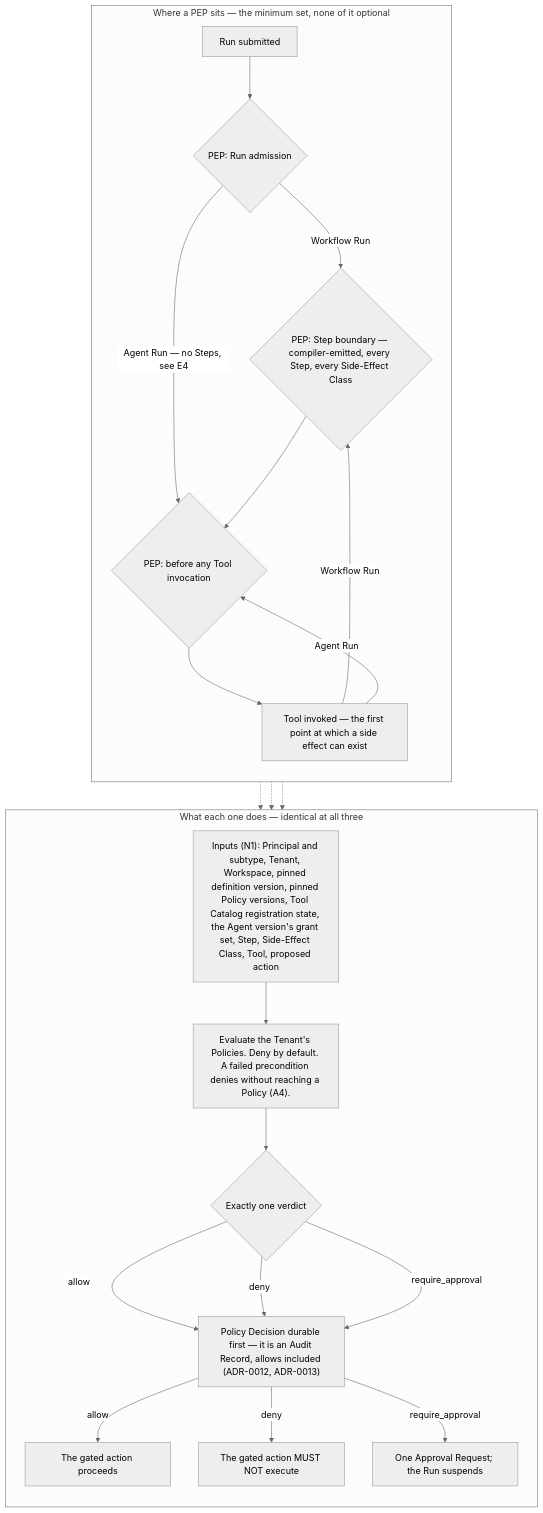
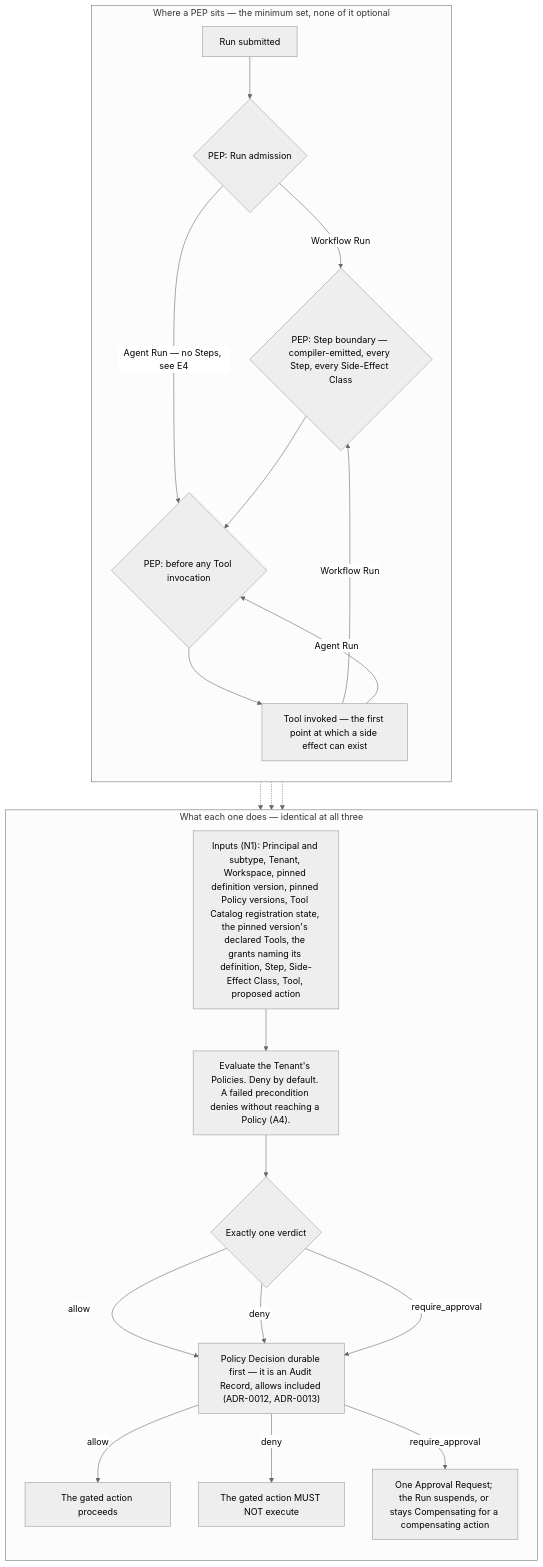
Before and after one commit to ayesigapaul/orchestra: the diagram in docs/40-governance/policy-model.md, drawn with Mermaid (neutral theme). The commit also changed other lines of this file and 56 other files, not shown here.

````diff
--- a/docs/40-governance/policy-model.md
+++ b/docs/40-governance/policy-model.md
@@ -183,29 +208,29 @@
 ```mermaid
 flowchart TD
   subgraph PLACE["Where a PEP sits — the minimum set, none of it optional"]
     direction TB
     SUB["Run submitted"] --> PEP_ADMIT{"PEP: Run admission"}
     PEP_ADMIT -->|"Workflow Run"| PEP_STEP{"PEP: Step boundary — compiler-emitted, every Step, every Side-Effect Class"}
     PEP_ADMIT -->|"Agent Run — no Steps, see E4"| PEP_TOOL{"PEP: before any Tool invocation"}
     PEP_STEP --> PEP_TOOL
     PEP_TOOL --> INV["Tool invoked — the first point at which a side effect can exist"]
     INV -->|"Workflow Run"| PEP_STEP
     INV -->|"Agent Run"| PEP_TOOL
   end
 
   subgraph EVAL["What each one does — identical at all three"]
     direction TB
-    IN["Inputs (N1): Principal and subtype, Tenant, Workspace, pinned definition version, pinned Policy versions, Tool Catalog registration state, the Agent version's grant set, Step, Side-Effect Class, Tool, proposed action"] --> RULE["Evaluate the Tenant's Policies. Deny by default. A failed precondition denies without reaching a Policy (A4)."]
+    IN["Inputs (N1): Principal and subtype, Tenant, Workspace, pinned definition version, pinned Policy versions, Tool Catalog registration state, the pinned version's declared Tools, the grants naming its definition, Step, Side-Effect Class, Tool, proposed action"] --> RULE["Evaluate the Tenant's Policies. Deny by default. A failed precondition denies without reaching a Policy (A4)."]
     RULE --> VD{"Exactly one verdict"}
     VD -->|allow| REC["Policy Decision durable first — it is an Audit Record, allows included (ADR-0012, ADR-0013)"]
     VD -->|deny| REC
     VD -->|require_approval| REC
     REC -->|allow| ALLOW["The gated action proceeds"]
     REC -->|deny| DENY["The gated action MUST NOT execute"]
-    REC -->|require_approval| APPR["One Approval Request; the Run suspends"]
+    REC -->|require_approval| APPR["One Approval Request; the Run suspends, or stays Compensating for a compensating action"]
   end
 
   PEP_ADMIT -.-> EVAL
   PEP_STEP -.-> EVAL
   PEP_TOOL -.-> EVAL
 ```
````
